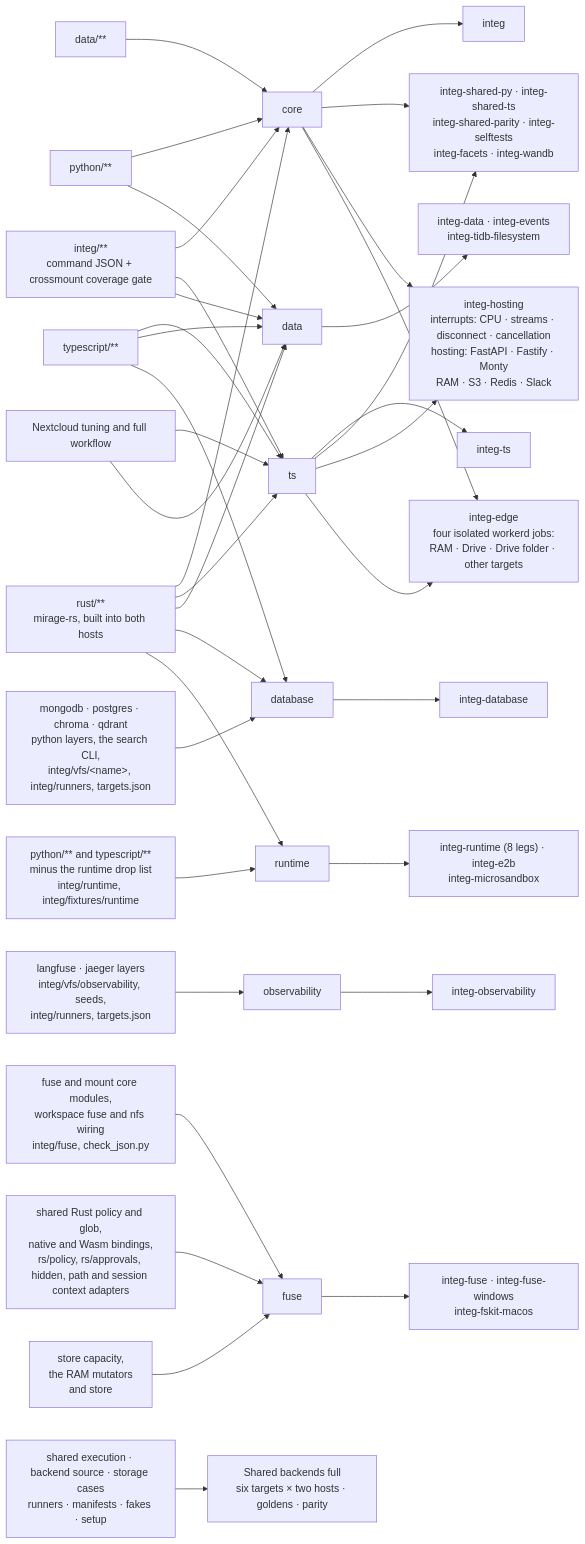
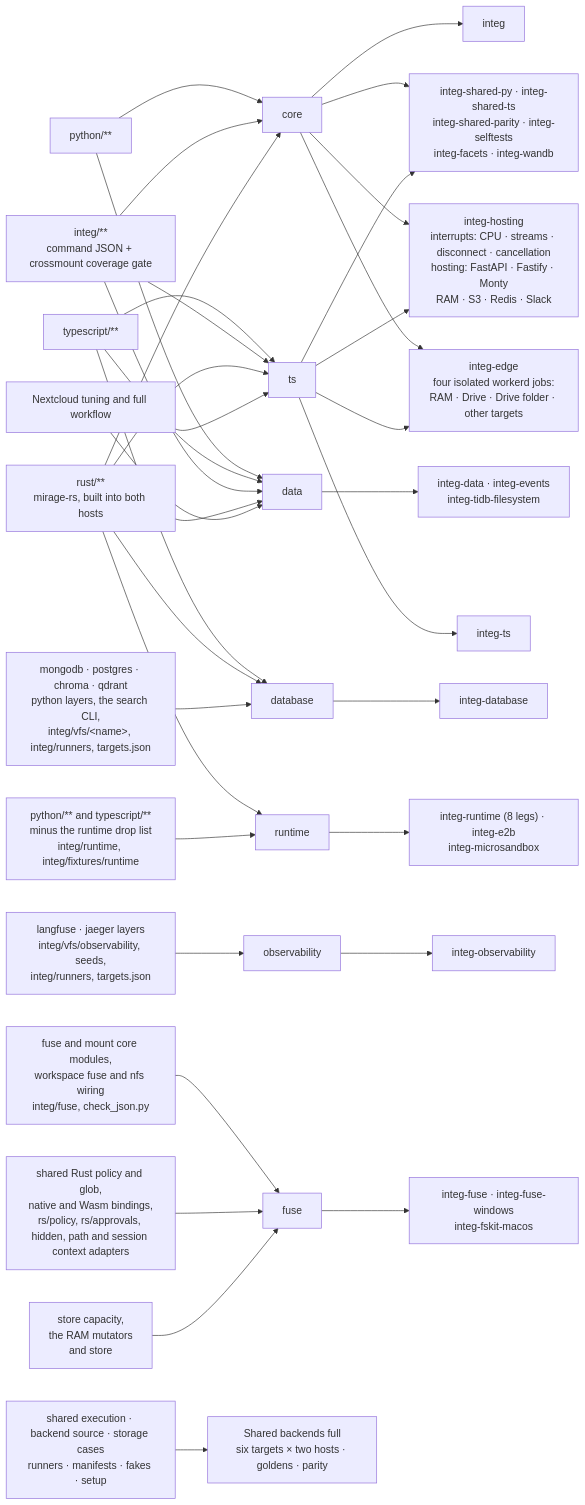
One commit to strukto-ai/mirage changed the diagram in integ/README.md. Above: the diagram before and after it, drawn with Mermaid. The commit also changed other lines of this file and 74 other files, not shown here.

````diff
--- a/integ/README.md
+++ b/integ/README.md
@@ -414,26 +414,25 @@
 ```mermaid
 flowchart LR
     PY["python/**"] --> core & data
     TSX["typescript/**"] --> ts & data & database
     IN["integ/**<br/>command JSON + crossmount coverage gate"] --> core & ts & data
-    D["data/**"] --> core
     RS["rust/**<br/>mirage-rs, built into both hosts"] --> core & ts & data & database & runtime
     DB["mongodb · postgres · chroma · qdrant<br/>python layers, the search CLI,<br/>integ/vfs/&lt;name&gt;, integ/runners, targets.json"] --> database
     OB["langfuse · jaeger layers<br/>integ/vfs/observability, seeds,<br/>integ/runners, targets.json"] --> observability
     FS["fuse and mount core modules,<br/>workspace fuse and nfs wiring<br/>integ/fuse, check_json.py"] --> fuse
     FP["shared Rust policy and glob,<br/>native and Wasm bindings,<br/>rs/policy, rs/approvals, hidden, path and session context adapters"] --> fuse
     CA["store capacity,<br/>the RAM mutators<br/>and store"] --> fuse
     RT["python/** and typescript/**<br/>minus the runtime drop list<br/>integ/runtime, integ/fixtures/runtime"] --> runtime
     core --> J1["integ"]
     ts --> J2["integ-ts"]
     core & ts --> J3["integ-shared-py · integ-shared-ts<br/>integ-shared-parity · integ-selftests<br/>integ-facets · integ-wandb"]
     core & ts --> HOST["integ-hosting<br/>interrupts: CPU · streams · disconnect · cancellation<br/>hosting: FastAPI · Fastify · Monty<br/>RAM · S3 · Redis · Slack"]
     core & ts --> EDGE["integ-edge<br/>four isolated workerd jobs:<br/>RAM · Drive · Drive folder · other targets"]
     NC["Nextcloud tuning and full workflow"] --> ts & data
     SF["shared execution · backend source · storage cases<br/>runners · manifests · fakes · setup"] --> FULL["Shared backends full<br/>six targets × two hosts · goldens · parity"]
     data --> J4["integ-data · integ-events<br/>integ-tidb-filesystem"]
     database --> J5["integ-database"]
     observability --> J6["integ-observability"]
     fuse --> J7["integ-fuse · integ-fuse-windows<br/>integ-fskit-macos"]
     runtime --> J8["integ-runtime (8 legs) · integ-e2b<br/>integ-microsandbox"]
 ```
````
